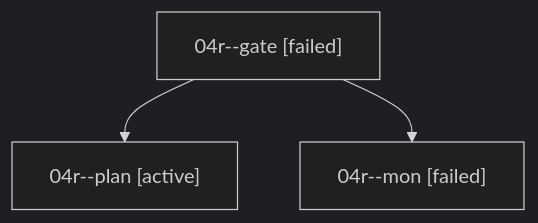
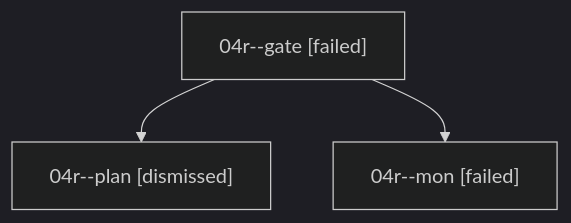
Before and after one commit to sase-org/sase--agents: the diagram in sessions/bbugyi200.athena.04r.md, drawn with Mermaid (dark theme). The commit also changed other lines of this file and 30 other files, not shown here.

````diff
--- a/sessions/bbugyi200.athena.04r.md
+++ b/sessions/bbugyi200.athena.04r.md
@@ -9,8 +9,8 @@
 ```mermaid
 flowchart TD
   n0["04r--gate [failed]"]
-  n1["04r--plan [active]"]
+  n1["04r--plan [dismissed]"]
   n0 --> n1
   n2["04r--mon [failed]"]
   n0 --> n2
 ```
````
